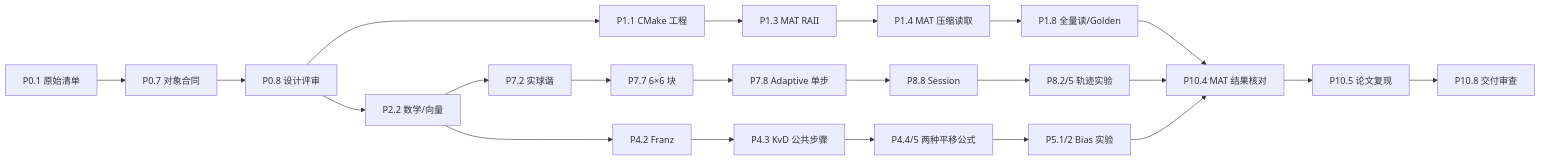
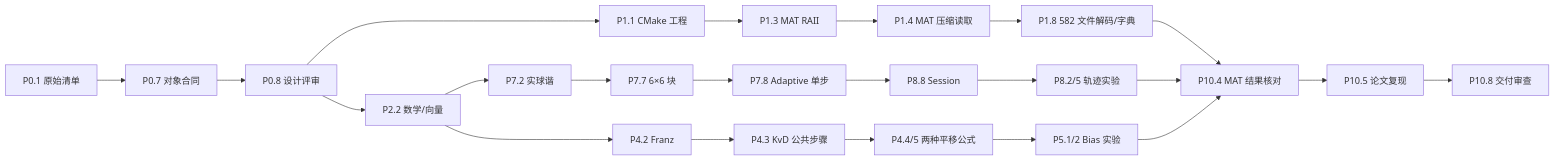
One commit to ncut-d1z/Egomotion-Estimation-with-Dense-Flow-Fields changed the diagram in PLAN.md. Above: the diagram before and after it, drawn with Mermaid. The commit also changed other lines of this file, not shown here.

```diff
--- a/PLAN.md
+++ b/PLAN.md
@@ -319,24 +319,24 @@
 ~~~mermaid
 flowchart LR
   A["P0.1 原始清单"] --> B["P0.7 对象合同"]
   B --> C["P0.8 设计评审"]
   C --> D["P1.1 CMake 工程"]
   D --> E["P1.3 MAT RAII"]
   E --> F["P1.4 MAT 压缩读取"]
-  F --> G["P1.8 全量读/Golden"]
+  F --> G["P1.8 582 文件解码/字典"]
   C --> H["P2.2 数学/向量"]
   H --> I["P4.2 Franz"]
   I --> J["P4.3 KvD 公共步骤"]
   J --> K["P4.4/5 两种平移公式"]
   H --> L["P7.2 实球谐"]
   L --> M["P7.7 6×6 块"]
   M --> N["P7.8 Adaptive 单步"]
   N --> O["P8.8 Session"]
   O --> P["P8.2/5 轨迹实验"]
   G --> Q["P10.4 MAT 结果核对"]
   P --> Q
   K --> R["P5.1/2 Bias 实验"]
   R --> Q
   Q --> S["P10.5 论文复现"]
   S --> T["P10.8 交付审查"]
 ~~~
```
